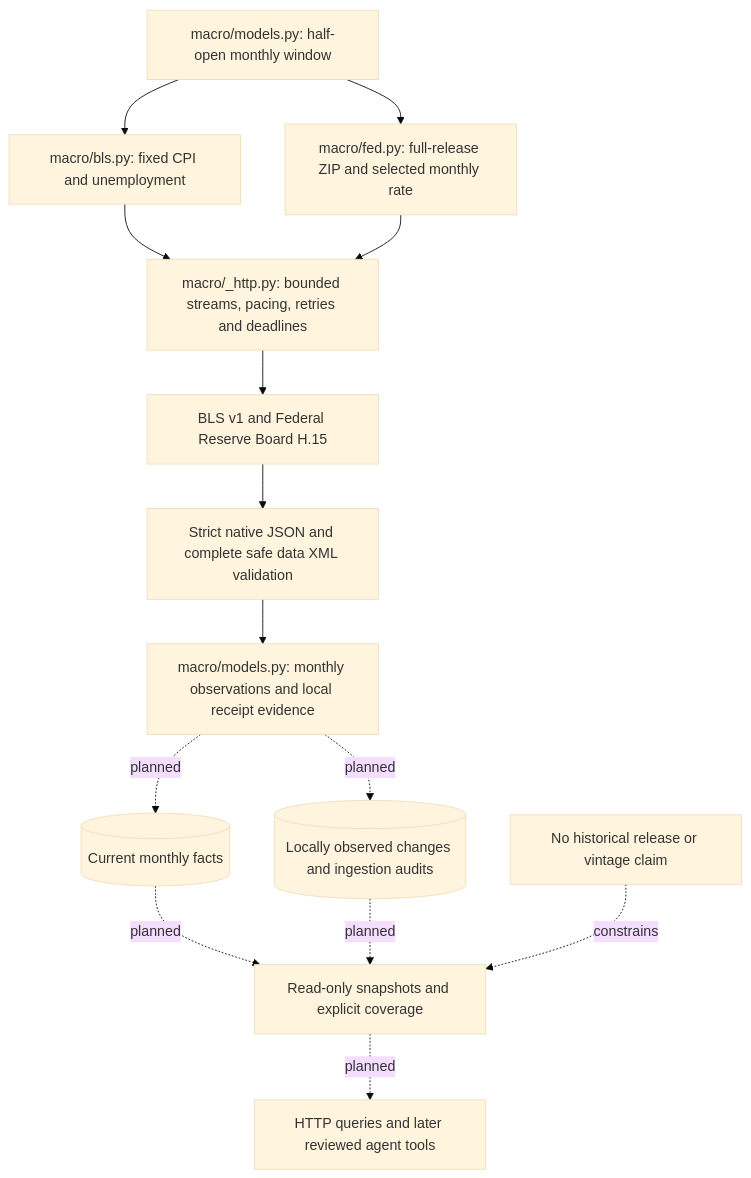
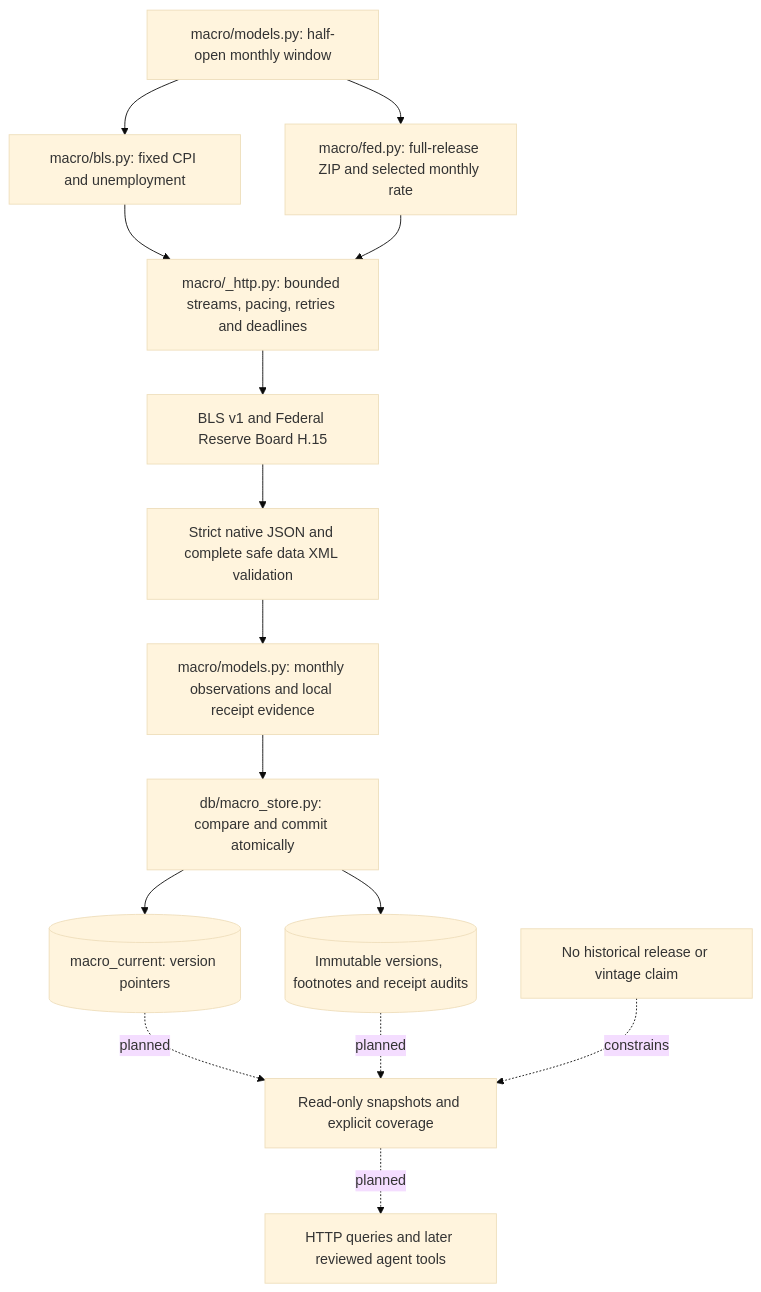
Before and after one commit to edramosreis/ai-market-intelligence: the third of 4 diagrams in ARCHITECTURE.md, drawn with Mermaid (base theme). The commit also changed other lines of this file and 8 other files, not shown here.

Commit message:
Persist locally observed macro corrections atomically

````diff
--- a/ARCHITECTURE.md
+++ b/ARCHITECTURE.md
@@ -485,16 +486,17 @@
 ```mermaid
 flowchart TD
     Window[macro/models.py: half-open monthly window] --> BLS[macro/bls.py: fixed CPI and unemployment]
     Window --> Fed[macro/fed.py: full-release ZIP and selected monthly rate]
     BLS --> Transport[macro/_http.py: bounded streams, pacing, retries and deadlines]
     Fed --> Transport
     Transport --> Sources[BLS v1 and Federal Reserve Board H.15]
     Sources --> Validate[Strict native JSON and complete safe data XML validation]
     Validate --> Contract[macro/models.py: monthly observations and local receipt evidence]
-    Contract -. planned .-> Current[(Current monthly facts)]
-    Contract -. planned .-> Revisions[(Locally observed changes and ingestion audits)]
+    Contract --> Store[db/macro_store.py: compare and commit atomically]
+    Store --> Current[(macro_current: version pointers)]
+    Store --> Revisions[(Immutable versions, footnotes and receipt audits)]
     Current -. planned .-> Reader[Read-only snapshots and explicit coverage]
     Revisions -. planned .-> Reader
     Reader -. planned .-> API[HTTP queries and later reviewed agent tools]
     Limits[No historical release or vintage claim] -. constrains .-> Reader
 ```
````
